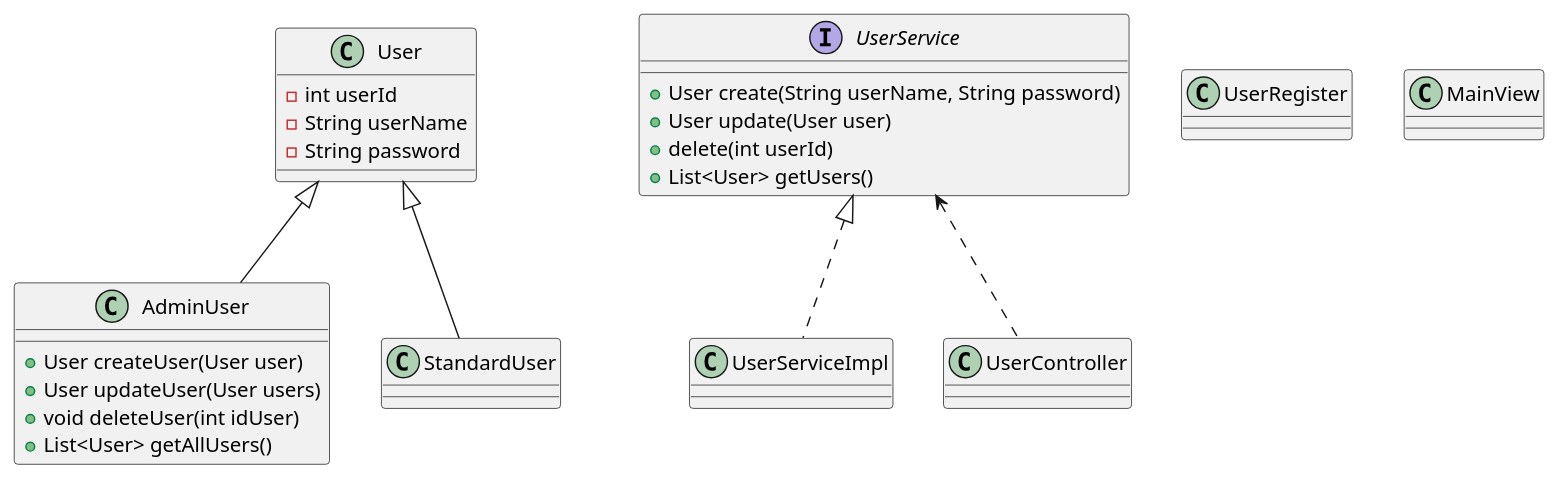
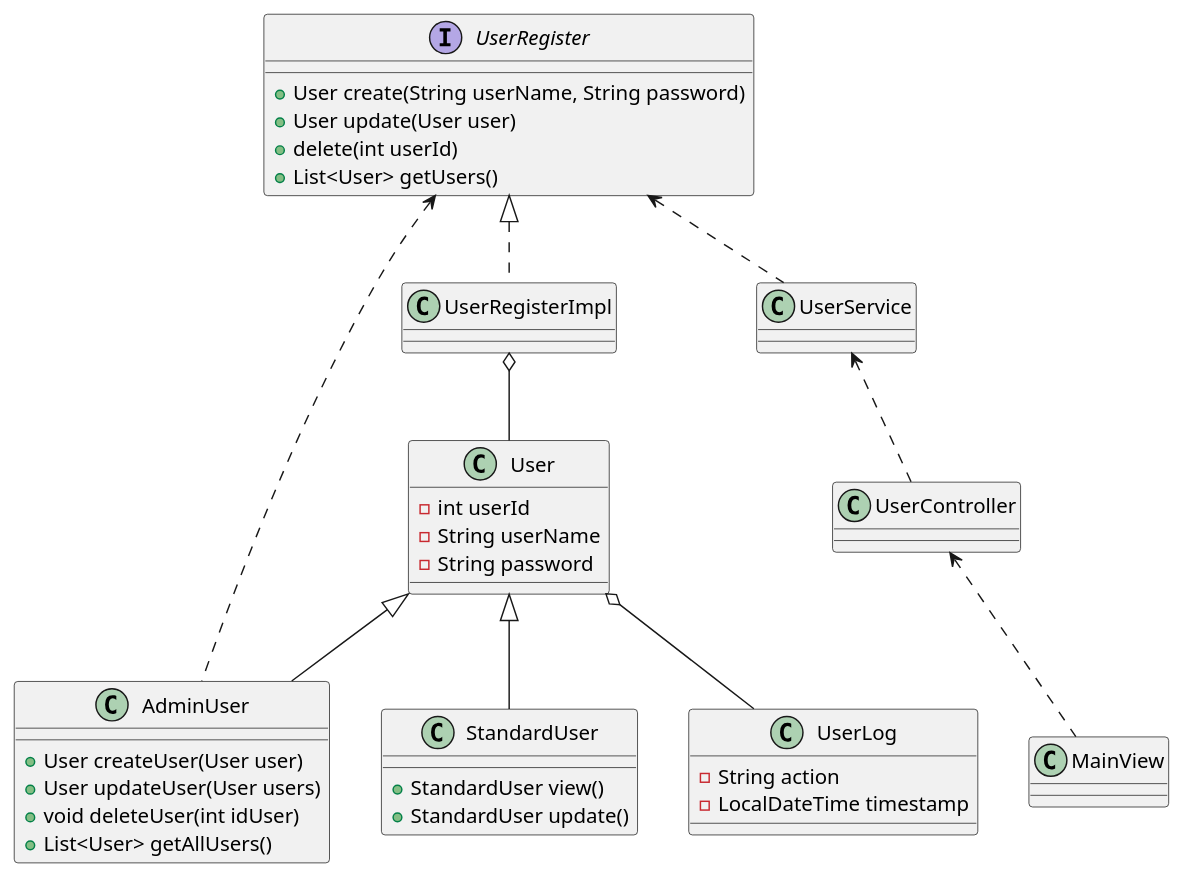
Before and after one commit to olarte91/sistema-gestion-clientes: the diagram in src/uml/diagram.plantuml, drawn with PlantUML. The commit also changed 14 other files, not shown here.

Commit message:
Feat: se modifica diagrama de clases, se crean clases deacuerdo al diagrama, se implementa la feature de login, se inicia la implementación de la feature de logs, se modifica estructura del proyecto

```diff
--- a/src/uml/diagram.plantuml
+++ b/src/uml/diagram.plantuml
@@ -1,48 +1,57 @@
 @startuml Diagrama de clases
 
 class User{
     - int userId
     - String userName
     - String password
 }
 
-interface UserService{
+interface UserRegister{
     +User create(String userName, String password)
     +User update(User user)
     +delete(int userId)
     +List<User> getUsers()
 }
 
 class AdminUser{
     +User createUser(User user)
     +User updateUser(User users)
     +void deleteUser(int idUser)
     +List<User> getAllUsers()
 }
 
 class StandardUser{
-
-}
-
-class UserServiceImpl{
-
+    +StandardUser view()
+    +StandardUser update()
 }
 
 class UserController{
 
 }
 
-class UserRegister{
+class UserRegisterImpl{
 
 }
 
 class MainView{
 
 }
 
+class UserLog{
+    -String action
+    -LocalDateTime timestamp
+}
+
+
+
 User <|-- AdminUser
 User <|-- StandardUser
-UserService <|.. UserServiceImpl
 UserService <.. UserController
+UserRegister <|.. UserRegisterImpl
+UserRegisterImpl o-- User
+UserController <.. MainView
+UserRegister <.. UserService
+UserRegister <.. AdminUser
+User o-- UserLog  
 
 @enduml
```
